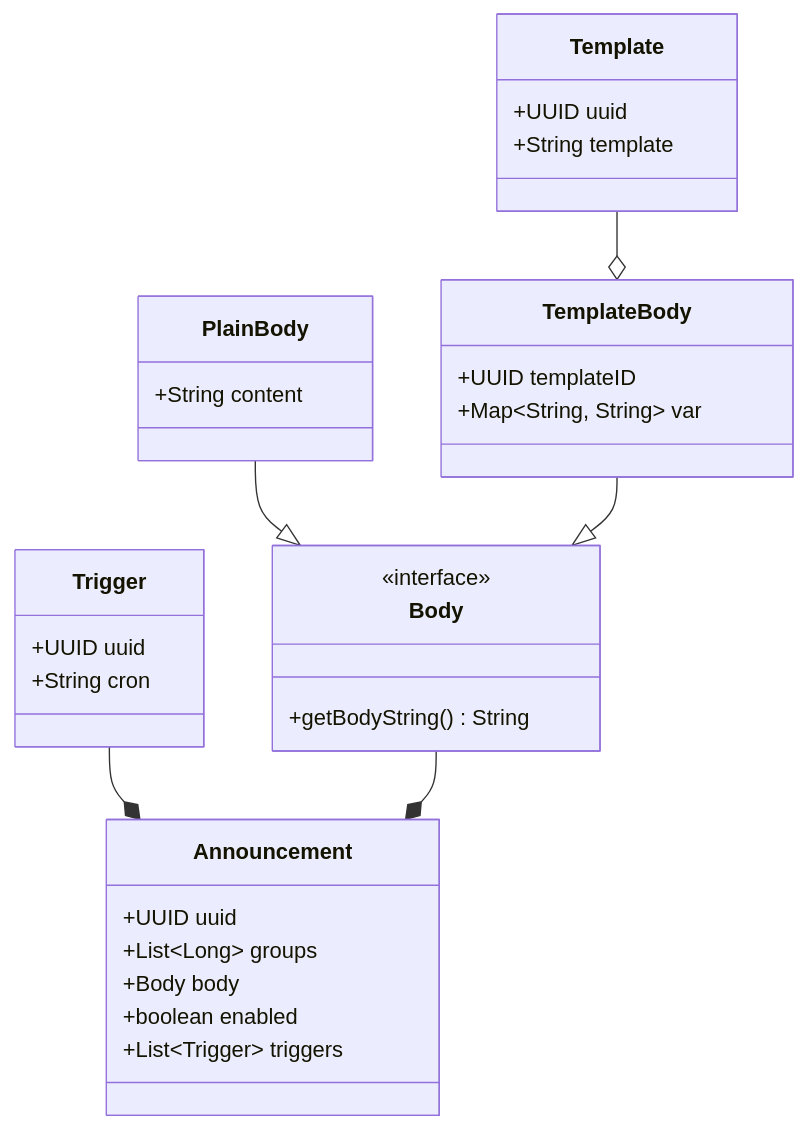
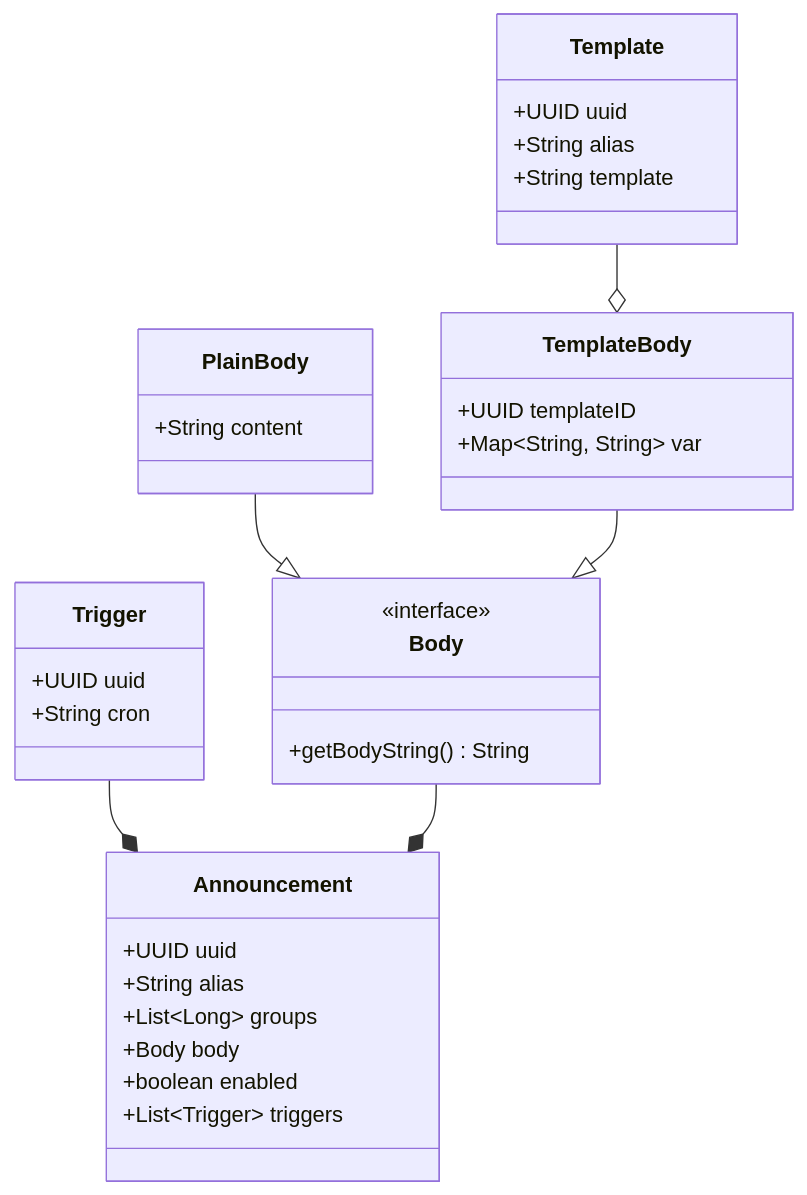
The first of 3 diagrams in docs/class-diagram.md (nanoyou/MaidNana), drawn with Mermaid before and after one commit. The commit also changed other lines of this file, not shown here.

````diff
--- a/docs/class-diagram.md
+++ b/docs/class-diagram.md
@@ -3,34 +3,36 @@
 ```mermaid
 classDiagram
 class Body {
     <<interface>>    
     +getBodyString() String
 }
 class PlainBody {
     +String content
 }
 PlainBody --|> Body
 class Template {
     +UUID uuid
+    +String alias                                                                                                           
     +String template
 }
 class TemplateBody {
     +UUID templateID
     +Map~String, String~ var
 }
 Template --o TemplateBody
 TemplateBody --|> Body
 class Trigger {
     +UUID uuid
     +String cron
 }
 class Announcement {
     +UUID uuid
+    +String alias
     +List~Long~ groups
     +Body body
     +boolean enabled
     +List~Trigger~ triggers
 }
 Trigger --* Announcement
 Body --* Announcement
 ```
````
